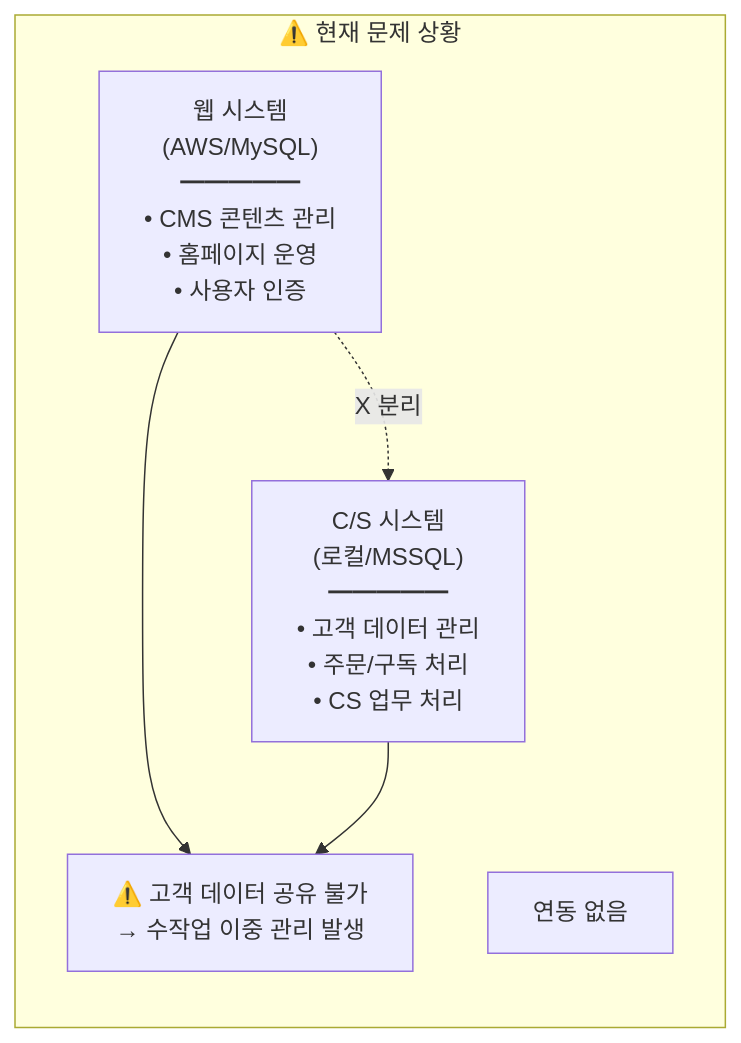
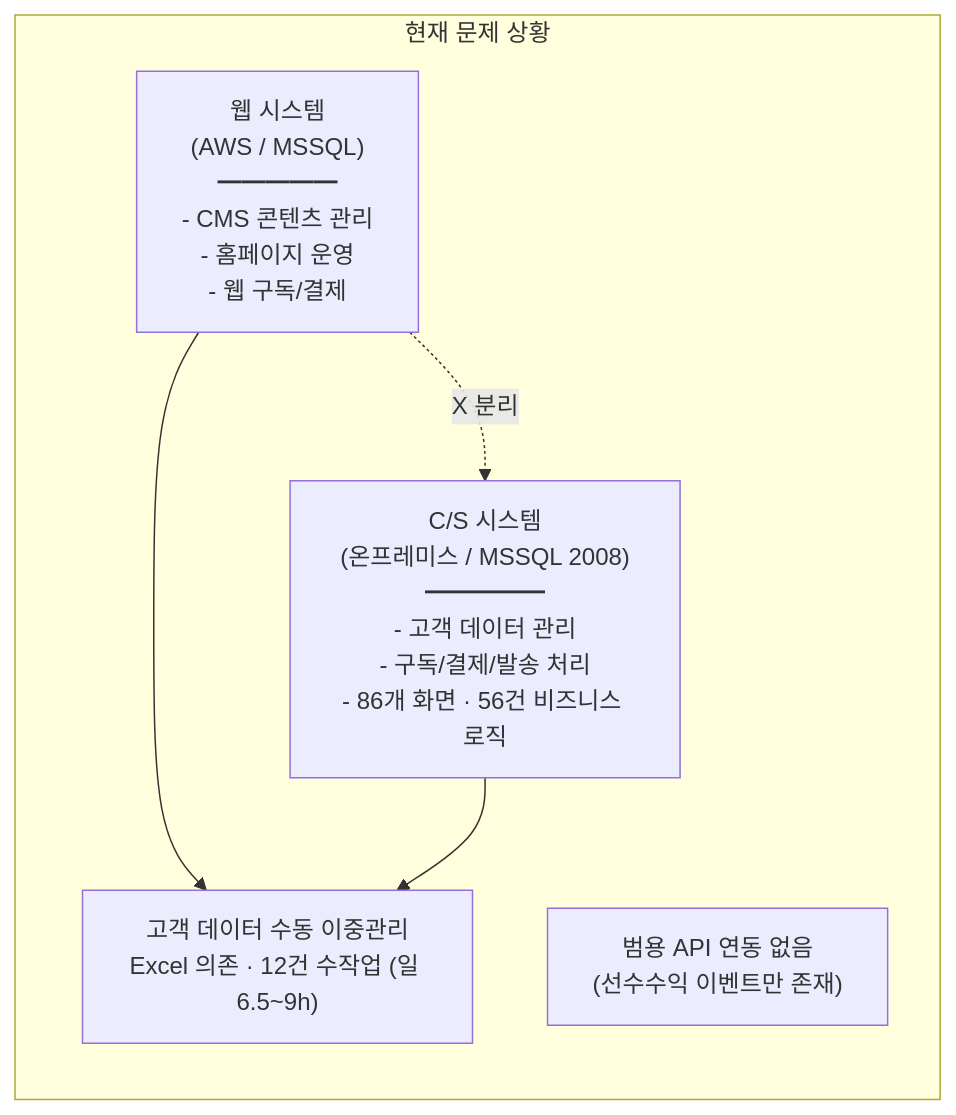
Before and after one commit to sknkwoxs/manual-book: the fifth of 6 diagrams in src/content/docs/goodthinking-isp/02-analysis/system-diagnosis.md, drawn with Mermaid. The commit also changed other lines of this file and 3 other files, not shown here.

````diff
--- a/src/content/docs/goodthinking-isp/02-analysis/system-diagnosis.md
+++ b/src/content/docs/goodthinking-isp/02-analysis/system-diagnosis.md
@@ -192,16 +435,16 @@
 ```mermaid
 graph LR
-    subgraph problem["⚠️ 현재 문제 상황"]
-        WEB["웹 시스템<br/>(AWS/MySQL)<br/>━━━━━<br/>• CMS 콘텐츠 관리<br/>• 홈페이지 운영<br/>• 사용자 인증"]
-        
-        SEP["연동 없음"]
-        
-        CS["C/S 시스템<br/>(로컬/MSSQL)<br/>━━━━━<br/>• 고객 데이터 관리<br/>• 주문/구독 처리<br/>• CS 업무 처리"]
-        
-        WARN["⚠️ 고객 데이터 공유 불가<br/>→ 수작업 이중 관리 발생"]
-        
-        WEB -.->|X 분리| CS
+    subgraph problem["현재 문제 상황"]
+        WEB["웹 시스템<br/>(AWS / MSSQL)<br/>━━━━━<br/>- CMS 콘텐츠 관리<br/>- 홈페이지 운영<br/>- 웹 구독/결제"]
+
+        SEP["범용 API 연동 없음<br/>(선수수익 이벤트만 존재)"]
+
+        CS["C/S 시스템<br/>(온프레미스 / MSSQL 2008)<br/>━━━━━<br/>- 고객 데이터 관리<br/>- 구독/결제/발송 처리<br/>- 86개 화면 · 56건 비즈니스 로직"]
+
+        WARN["고객 데이터 수동 이중관리<br/>Excel 의존 · 12건 수작업 (일 6.5~9h)"]
+
+        WEB -.->|"X 분리"| CS
         WEB --> WARN
         CS --> WARN
     end
 ```
````
